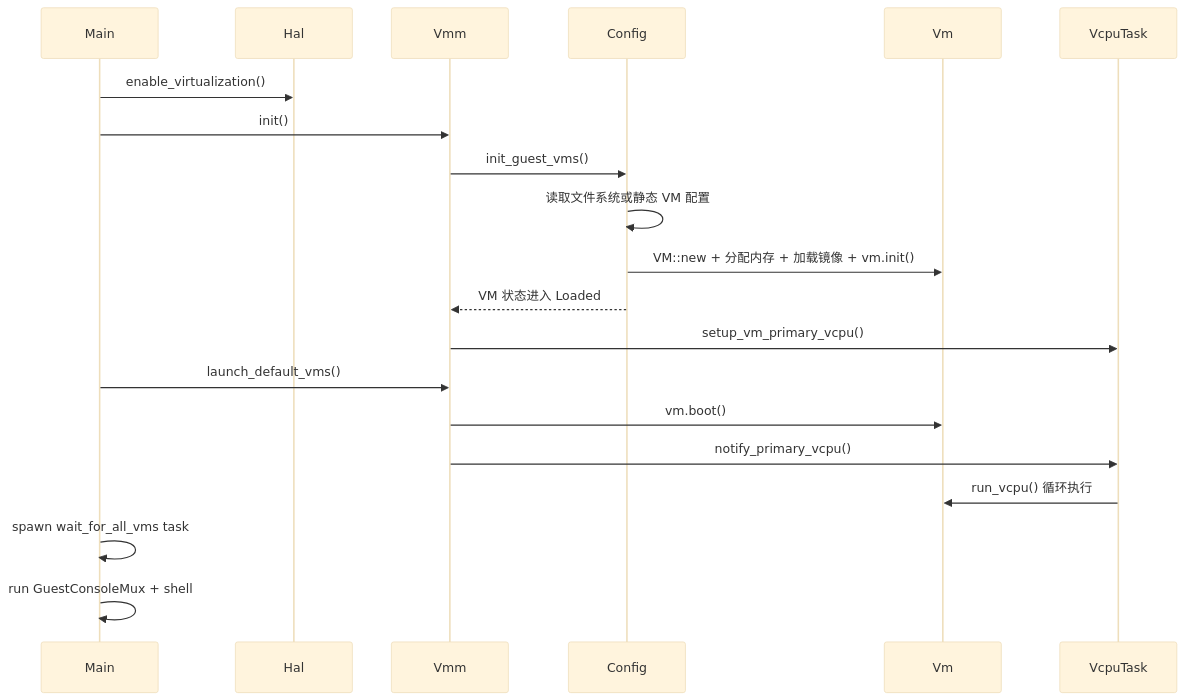
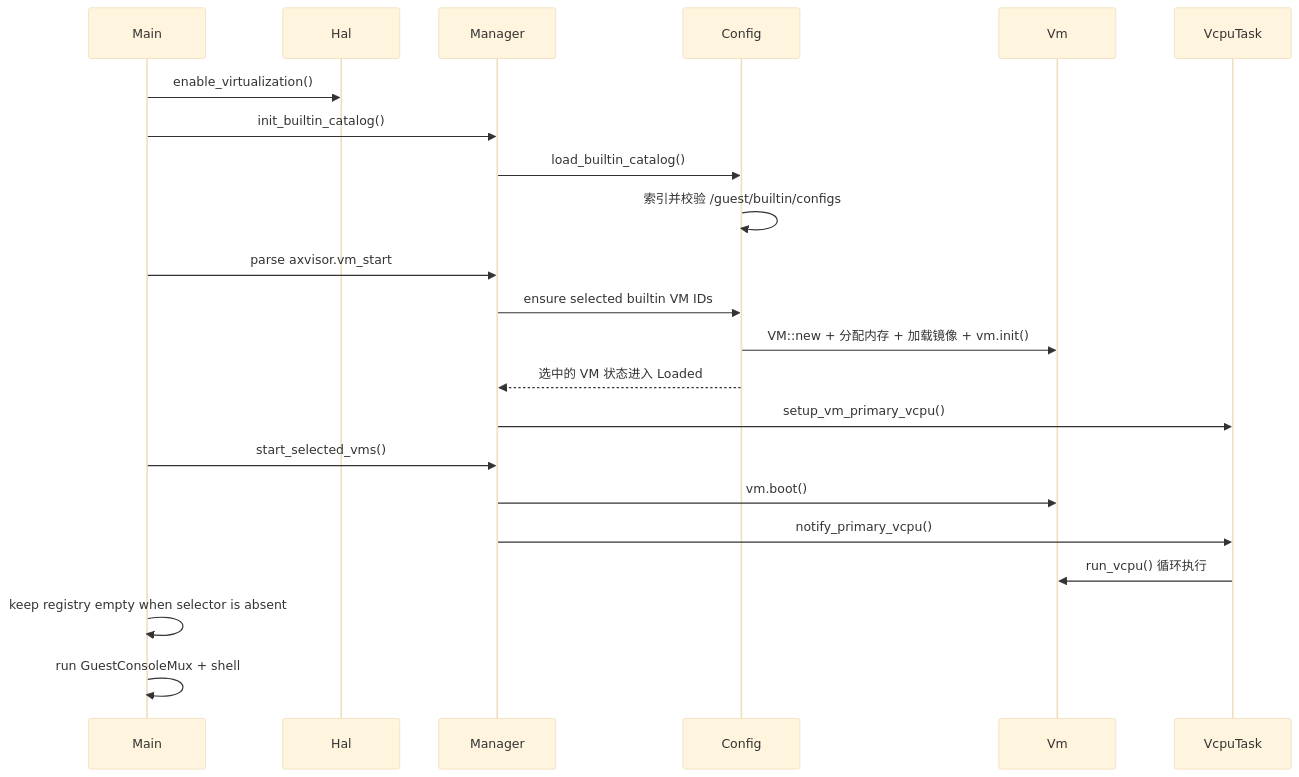
The third of 5 diagrams in docs/docs/architecture/axvisor/overview.md (rcore-os/tgoskits), drawn with Mermaid (base theme) before and after one commit. The commit also changed other lines of this file and 99 other files, not shown here.

Commit message:
feat(axvisor): make guest startup command-line driven

````diff
--- a/docs/docs/architecture/axvisor/overview.md
+++ b/docs/docs/architecture/axvisor/overview.md
@@ -219,23 +231,25 @@
 ```mermaid
 sequenceDiagram
     participant Main
     participant Hal
-    participant Vmm
+    participant Manager
     participant Config
     participant Vm
     participant VcpuTask
 
     Main->>Hal: enable_virtualization()
-    Main->>Vmm: init()
-    Vmm->>Config: init_guest_vms()
-    Config->>Config: 读取文件系统或静态 VM 配置
+    Main->>Manager: init_builtin_catalog()
+    Manager->>Config: load_builtin_catalog()
+    Config->>Config: 索引并校验 /guest/builtin/configs
+    Main->>Manager: parse axvisor.vm_start
+    Manager->>Config: ensure selected builtin VM IDs
     Config->>Vm: VM::new + 分配内存 + 加载镜像 + vm.init()
-    Config-->>Vmm: VM 状态进入 Loaded
-    Vmm->>VcpuTask: setup_vm_primary_vcpu()
-    Main->>Vmm: launch_default_vms()
-    Vmm->>Vm: vm.boot()
-    Vmm->>VcpuTask: notify_primary_vcpu()
+    Config-->>Manager: 选中的 VM 状态进入 Loaded
+    Manager->>VcpuTask: setup_vm_primary_vcpu()
+    Main->>Manager: start_selected_vms()
+    Manager->>Vm: vm.boot()
+    Manager->>VcpuTask: notify_primary_vcpu()
     VcpuTask->>Vm: run_vcpu() 循环执行
-    Main->>Main: spawn wait_for_all_vms task
+    Main->>Main: keep registry empty when selector is absent
     Main->>Main: run GuestConsoleMux + shell
 ```
````
